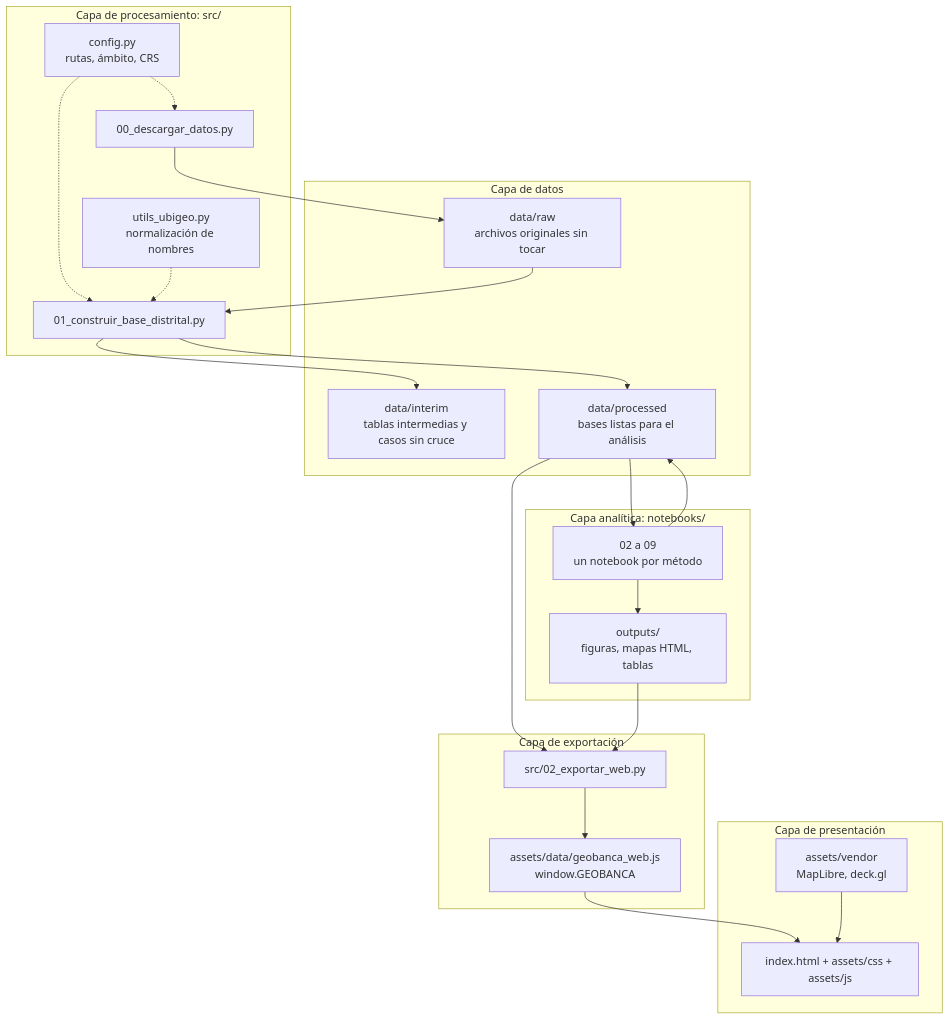
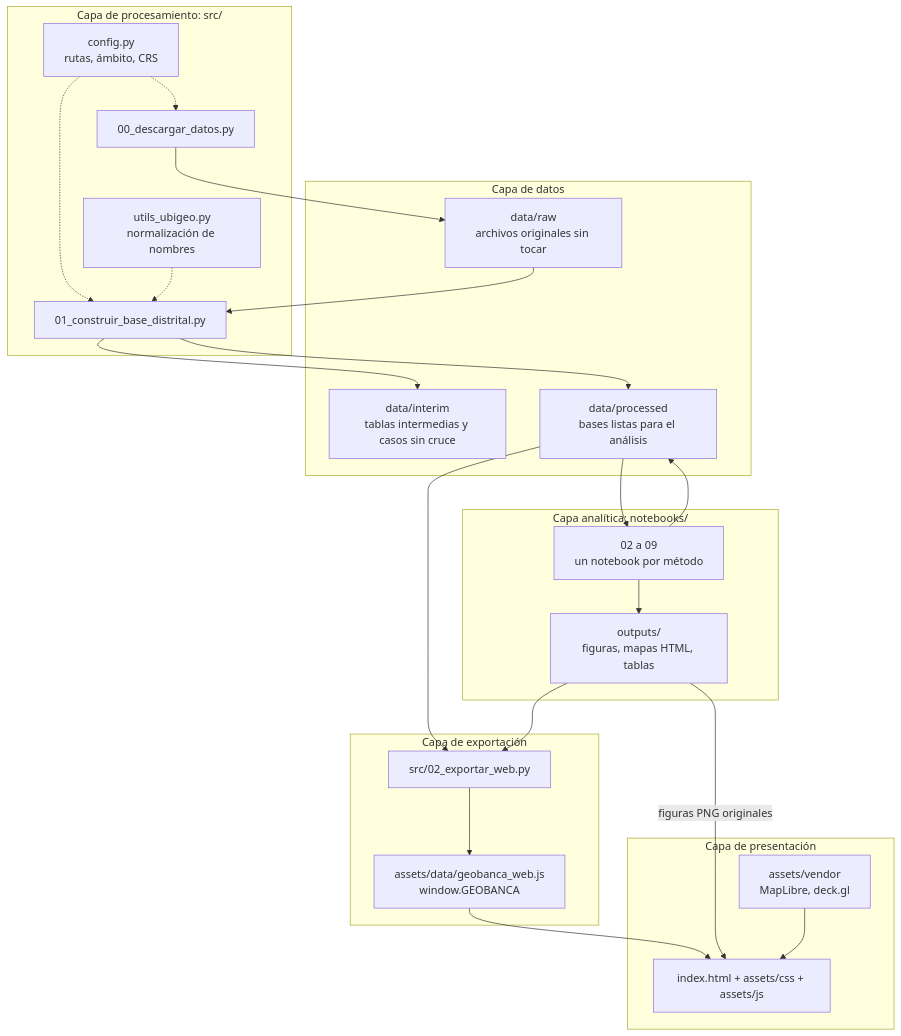
One commit to wilder14-eslu/geobanca-norte-peru changed the second of 8 diagrams in README.md. Above: the diagram before and after it, drawn with Mermaid. The commit also changed other lines of this file, not shown here.

Commit message:
docs: actualizar README con figuras y reproduccion del proyecto

````diff
--- a/README.md
+++ b/README.md
@@ -194,41 +274,42 @@
 ```mermaid
 flowchart TB
     subgraph C1["Capa de datos"]
         RAW["data/raw<br/>archivos originales sin tocar"]
         INT["data/interim<br/>tablas intermedias y casos sin cruce"]
         PRO["data/processed<br/>bases listas para el análisis"]
     end
 
     subgraph C2["Capa de procesamiento: src/"]
         CFG["config.py<br/>rutas, ámbito, CRS"]
         UBI["utils_ubigeo.py<br/>normalización de nombres"]
         S00["00_descargar_datos.py"]
         S01["01_construir_base_distrital.py"]
     end
 
     subgraph C3["Capa analítica: notebooks/"]
         NB["02 a 09<br/>un notebook por método"]
         OUT["outputs/<br/>figuras, mapas HTML, tablas"]
     end
 
     subgraph C4["Capa de exportación"]
         S02["src/02_exportar_web.py"]
         JS["assets/data/geobanca_web.js<br/>window.GEOBANCA"]
     end
 
     subgraph C5["Capa de presentación"]
         WEB["index.html + assets/css + assets/js"]
         VEN["assets/vendor<br/>MapLibre, deck.gl"]
     end
 
     S00 --> RAW
     RAW --> S01
     CFG -.-> S00 & S01
     UBI -.-> S01
     S01 --> INT & PRO
     PRO --> NB
     NB --> PRO
     NB --> OUT
     PRO & OUT --> S02 --> JS --> WEB
+    OUT -->|figuras PNG originales| WEB
     VEN --> WEB
 ```
````
